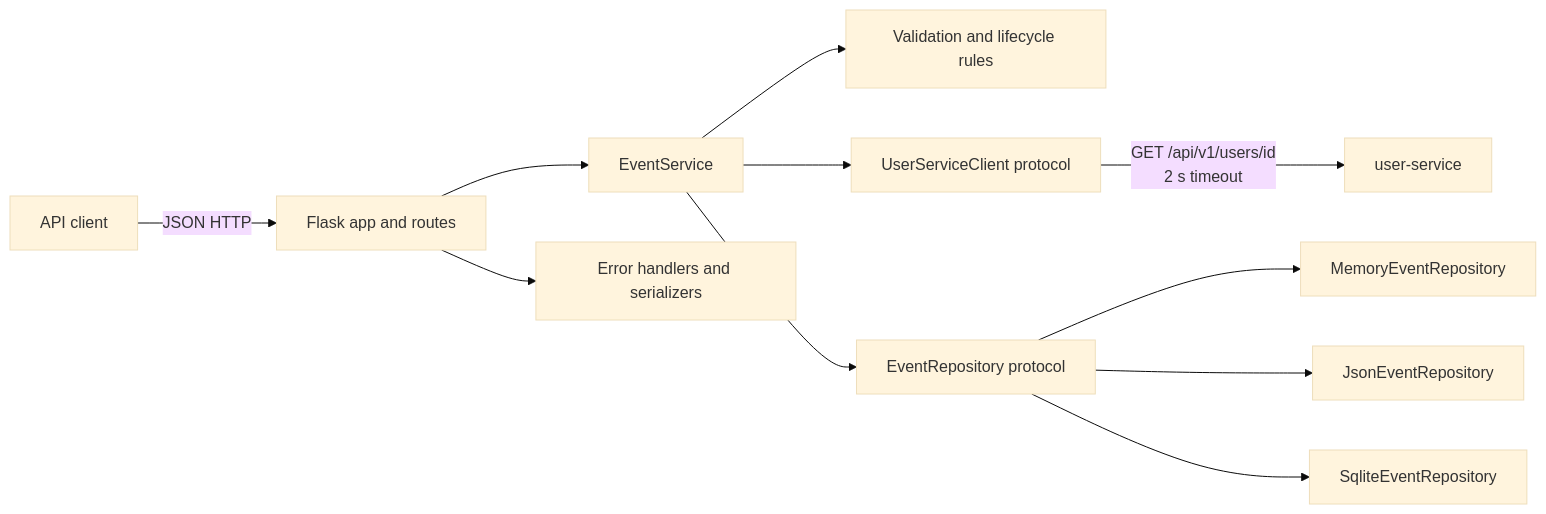
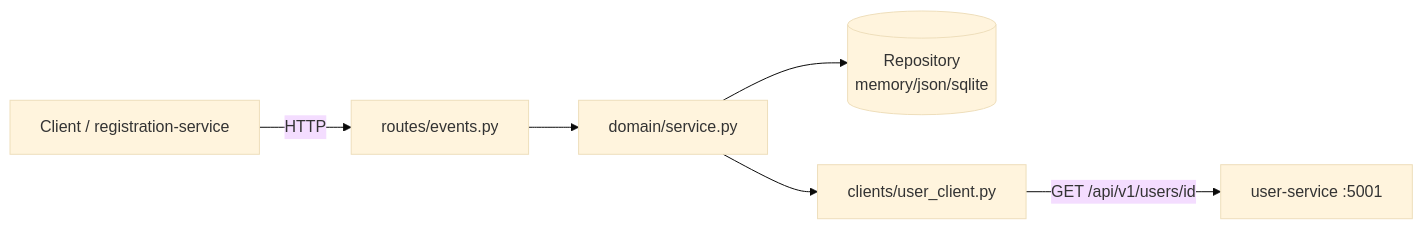
The first of 2 diagrams in .kiro/specs/event-service/design.md (riccardo-peco/esame-ML-riccardo-pecoraio), drawn with Mermaid (base theme) before and after one commit. The commit also changed other lines of this file, not shown here.

Commit message:
spec(event-service): design

````diff
--- a/.kiro/specs/event-service/design.md
+++ b/.kiro/specs/event-service/design.md
@@ -78,13 +47,8 @@
 ```mermaid
 flowchart LR
-    Client[API client] -->|JSON HTTP| Flask[Flask app and routes]
-    Flask --> Domain[EventService]
-    Domain --> Validation[Validation and lifecycle rules]
-    Domain --> ClientPort[UserServiceClient protocol]
-    ClientPort -->|GET /api/v1/users/id\n2 s timeout| UserSvc[user-service]
-    Domain --> RepoPort[EventRepository protocol]
-    RepoPort --> Memory[MemoryEventRepository]
-    RepoPort --> JSON[JsonEventRepository]
-    RepoPort --> SQLite[SqliteEventRepository]
-    Flask --> Errors[Error handlers and serializers]
+    Client[Client / registration-service] -->|HTTP| Routes[routes/events.py]
+    Routes --> Service[domain/service.py]
+    Service --> Repo[(Repository\nmemory/json/sqlite)]
+    Service --> UClient[clients/user_client.py]
+    UClient -->|GET /api/v1/users/id| USvc[user-service :5001]
 ```
````
